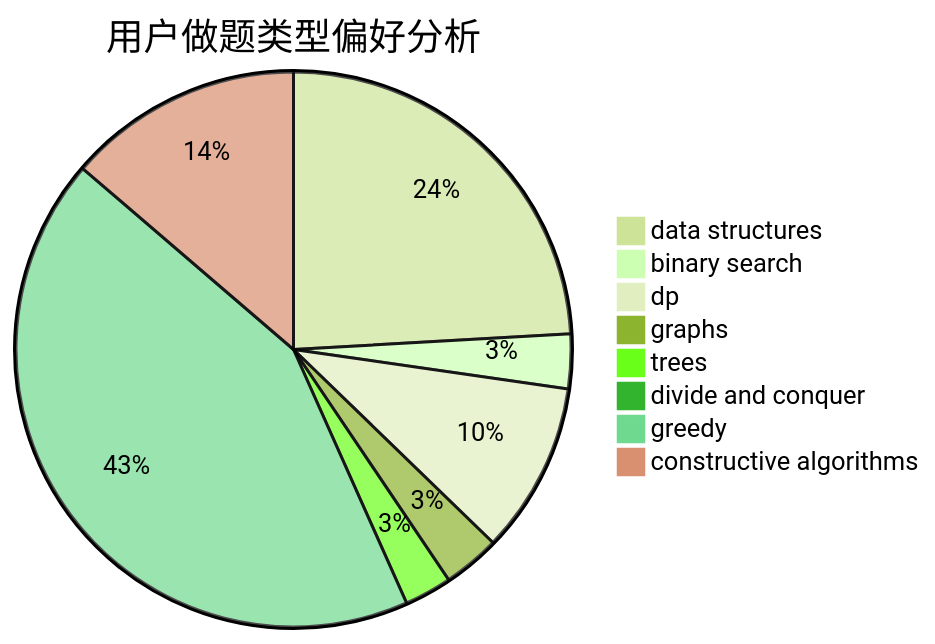
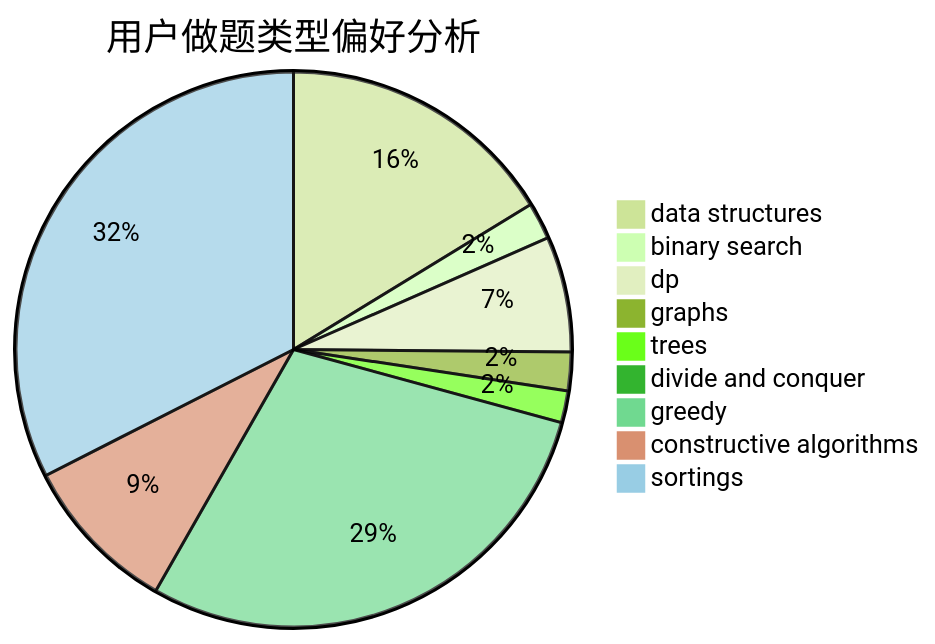
The second of 3 diagrams in docs/user/u209.md (sherpahu/cfrs.github.io), drawn with Mermaid (forest theme) before and after one commit. The commit also changed other lines of this file and 2769 other files, not shown here.

````diff
--- a/docs/user/u209.md
+++ b/docs/user/u209.md
@@ -23,11 +18,12 @@
 ```mermaid
 pie title 用户做题类型偏好分析
     "data structures" :  341
     "binary search" :  45
     "dp" :  141
     "graphs" :  47
     "trees" :  39
     "divide and conquer" :  0
     "greedy" :  608
     "constructive algorithms" :  194
+    "sortings" :  681
 ```
````
